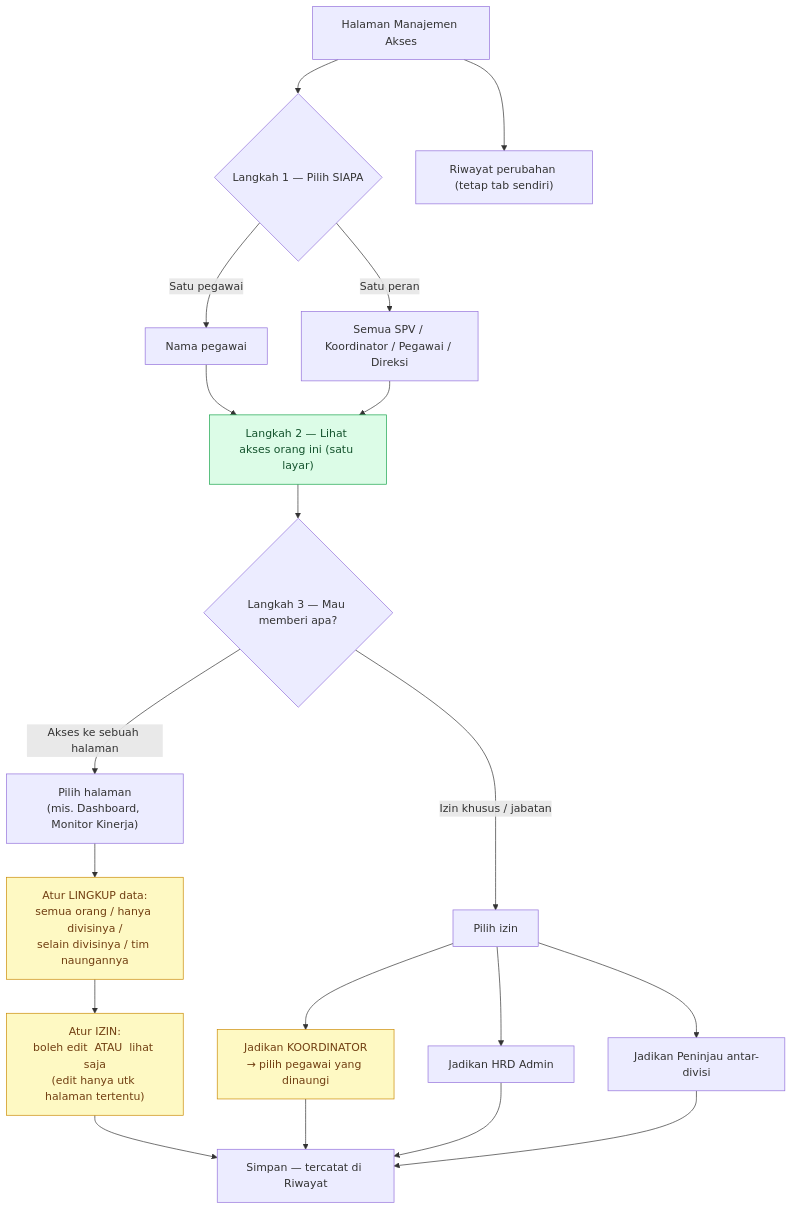
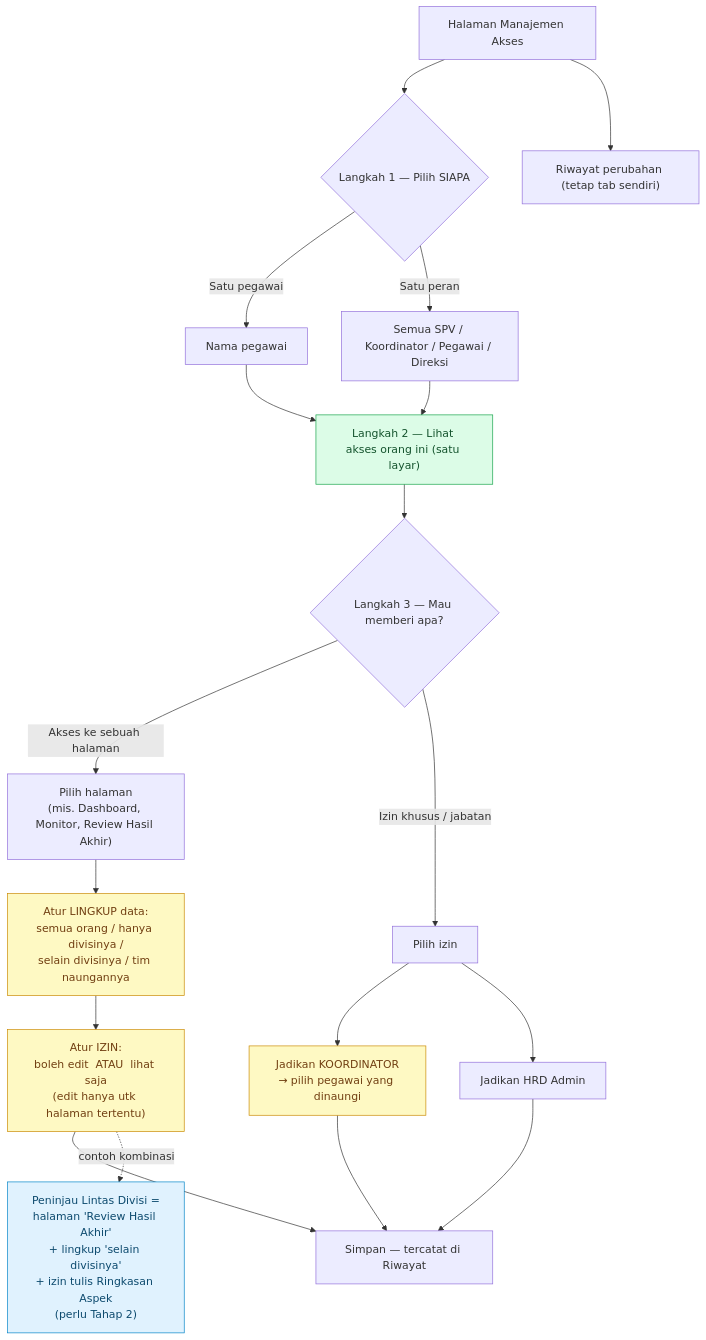
The second of 2 diagrams in docs/pengembangan/DESAIN-MANAJEMEN-AKSES.md (infarmcorp/infarm-360), drawn with Mermaid before and after one commit. The commit also changed other lines of this file, not shown here.

Commit message:
dig.mermaid

````diff
--- a/docs/pengembangan/DESAIN-MANAJEMEN-AKSES.md
+++ b/docs/pengembangan/DESAIN-MANAJEMEN-AKSES.md
@@ -231,33 +231,36 @@
 ```mermaid
 flowchart TD
   START["Halaman Manajemen Akses"] --> S1{"Langkah 1 — Pilih SIAPA"}
   S1 -->|"Satu pegawai"| P["Nama pegawai"]
   S1 -->|"Satu peran"| R["Semua SPV / Koordinator / Pegawai / Direksi"]
 
   P --> PROF["Langkah 2 — Lihat akses orang ini (satu layar)"]
   R --> PROF
 
   PROF --> S3{"Langkah 3 — Mau memberi apa?"}
 
   %% Cabang 1: akses ke sebuah halaman (di sinilah LINGKUP & EDIT diatur)
-  S3 -->|"Akses ke sebuah halaman"| G1["Pilih halaman<br/>(mis. Dashboard, Monitor Kinerja)"]
+  S3 -->|"Akses ke sebuah halaman"| G1["Pilih halaman<br/>(mis. Dashboard, Monitor, Review Hasil Akhir)"]
   G1 --> G1a["Atur LINGKUP data:<br/>semua orang / hanya divisinya /<br/>selain divisinya / tim naungannya"]
   G1a --> G1b["Atur IZIN:<br/>boleh edit  ATAU  lihat saja<br/>(edit hanya utk halaman tertentu)"]
   G1b --> DONE["Simpan — tercatat di Riwayat"]
 
-  %% Cabang 2: izin khusus / jabatan (di sinilah KOORDINATOR diberikan)
+  %% Peninjau Lintas Divisi = KOMBINASI di cabang halaman, bukan fitur khusus lagi
+  G1b -.->|"contoh kombinasi"| EX["Peninjau Lintas Divisi =<br/>halaman 'Review Hasil Akhir'<br/>+ lingkup 'selain divisinya'<br/>+ izin tulis Ringkasan Aspek<br/>(perlu Tahap 2)"]
+
+  %% Cabang 2: izin khusus / jabatan — tinggal DUA
   S3 -->|"Izin khusus / jabatan"| G2["Pilih izin"]
   G2 --> G2a["Jadikan KOORDINATOR<br/>→ pilih pegawai yang dinaungi"]
   G2 --> G2b["Jadikan HRD Admin"]
-  G2 --> G2c["Jadikan Peninjau antar-divisi"]
   G2a --> DONE
   G2b --> DONE
-  G2c --> DONE
 
   START --> TLOG["Riwayat perubahan (tetap tab sendiri)"]
 
   classDef good fill:#dcfce7,stroke:#16a34a,color:#14532d;
   classDef hot fill:#fef9c3,stroke:#ca8a04,color:#713f12;
+  classDef note fill:#e0f2fe,stroke:#0284c7,color:#0c4a6e;
   class PROF good;
   class G1a,G1b,G2a hot;
+  class EX note;
 ```
````
